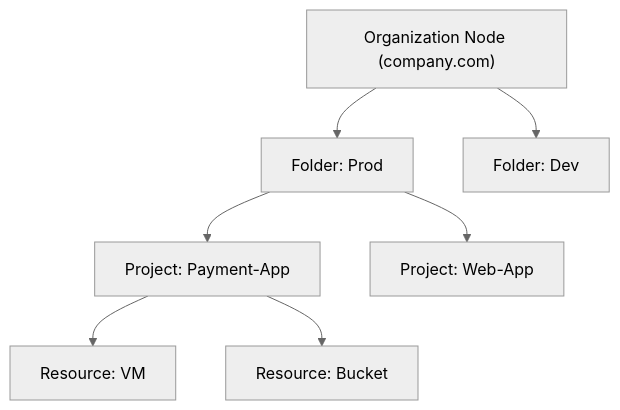
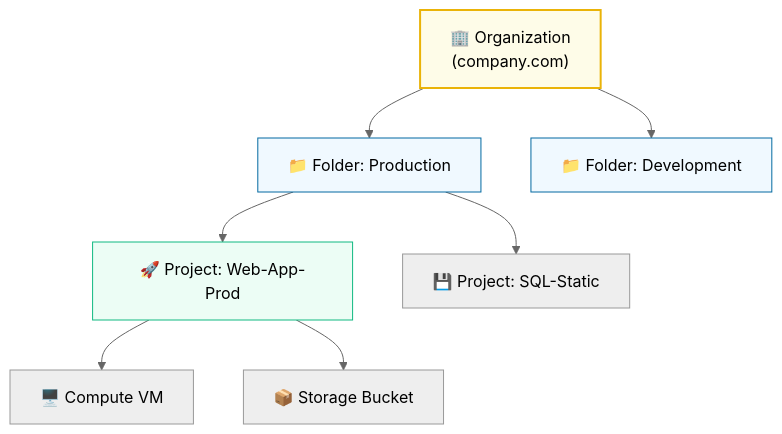
One commit to jyothivempa/gcp-study-plan changed the second of 2 diagrams in curriculum/content/section_2_gcp_structure.md. Above: the diagram before and after it, drawn with Mermaid (neutral theme). The commit also changed other lines of this file and 72 other files, not shown here.

````diff
--- a/curriculum/content/section_2_gcp_structure.md
+++ b/curriculum/content/section_2_gcp_structure.md
@@ -39,9 +67,27 @@
 ```mermaid
 graph TD
-    Org["Organization Node (company.com)"] --> F_Prod["Folder: Prod"]
-    Org --> F_Dev["Folder: Dev"]
-    F_Prod --> P_App1["Project: Payment-App"]
-    F_Prod --> P_App2["Project: Web-App"]
-    P_App1 --> VM1["Resource: VM"]
-    P_App1 --> Bkt["Resource: Bucket"]
+    Org["🏢 Organization<br/>(company.com)"]
+    
+    Folder_Prod["📁 Folder: Production"]
+    Folder_Dev["📁 Folder: Development"]
+    
+    Proj_App["🚀 Project: Web-App-Prod"]
+    Proj_DB["💾 Project: SQL-Static"]
+    
+    Res_VM["🖥️ Compute VM"]
+    Res_Bkt["📦 Storage Bucket"]
+
+    Org --> Folder_Prod
+    Org --> Folder_Dev
+    
+    Folder_Prod --> Proj_App
+    Folder_Prod --> Proj_DB
+    
+    Proj_App --> Res_VM
+    Proj_App --> Res_Bkt
+
+    style Org fill:#fefce8,stroke:#eab308,stroke-width:2px
+    style Folder_Prod fill:#f0f9ff,stroke:#0369a1
+    style Folder_Dev fill:#f0f9ff,stroke:#0369a1
+    style Proj_App fill:#ecfdf5,stroke:#10b981
 ```
````
